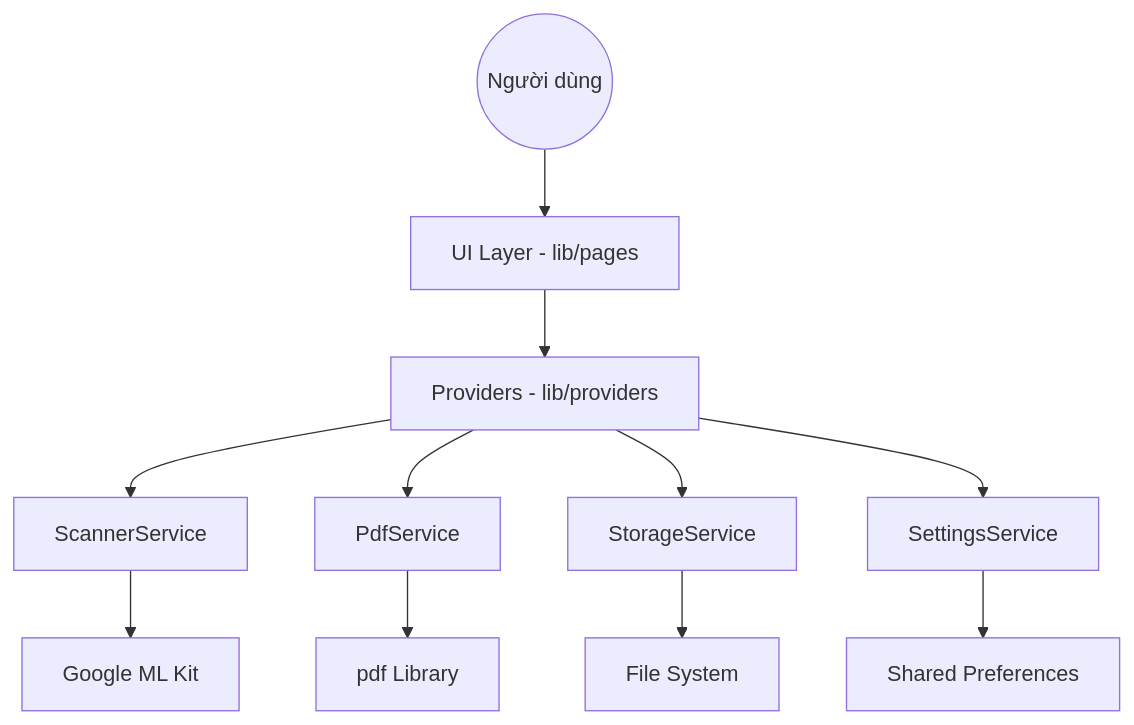
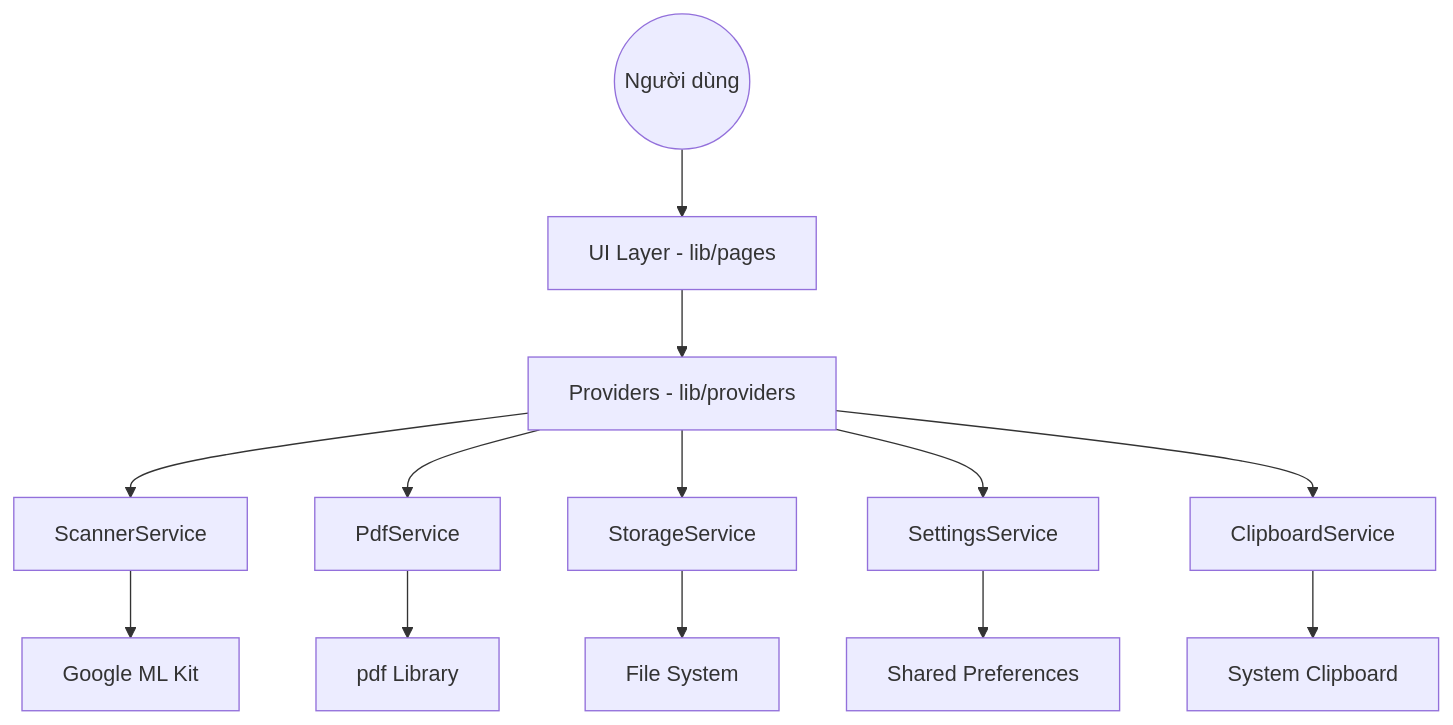
One commit to thichuong/scanner_vision changed the diagram in architecture.md. Above: the diagram before and after it, drawn with Mermaid. The commit also changed other lines of this file and 15 other files, not shown here.

Commit message:
feat: Add image clipboard functionality via a new service and integrate it into the scanner page.

````diff
--- a/architecture.md
+++ b/architecture.md
@@ -16,14 +16,16 @@
 ```mermaid
 graph TD
     User((Người dùng)) --> UI[UI Layer - lib/pages]
     UI --> Prov[Providers - lib/providers]
     Prov --> SS[ScannerService]
     Prov --> PS[PdfService]
     Prov --> STS[StorageService]
     Prov --> STGS[SettingsService]
+    Prov --> CS[ClipboardService]
     
     SS --> MLK[Google ML Kit]
     PS --> PDFL[pdf Library]
     STS --> FS[File System]
     STGS --> SP[Shared Preferences]
+    CS --> CP[System Clipboard]
 ```
````
